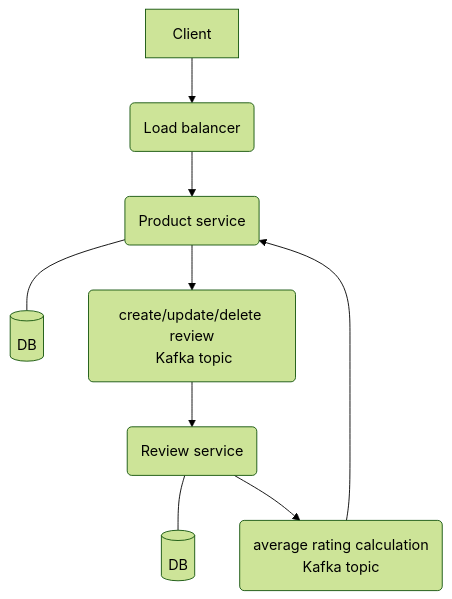
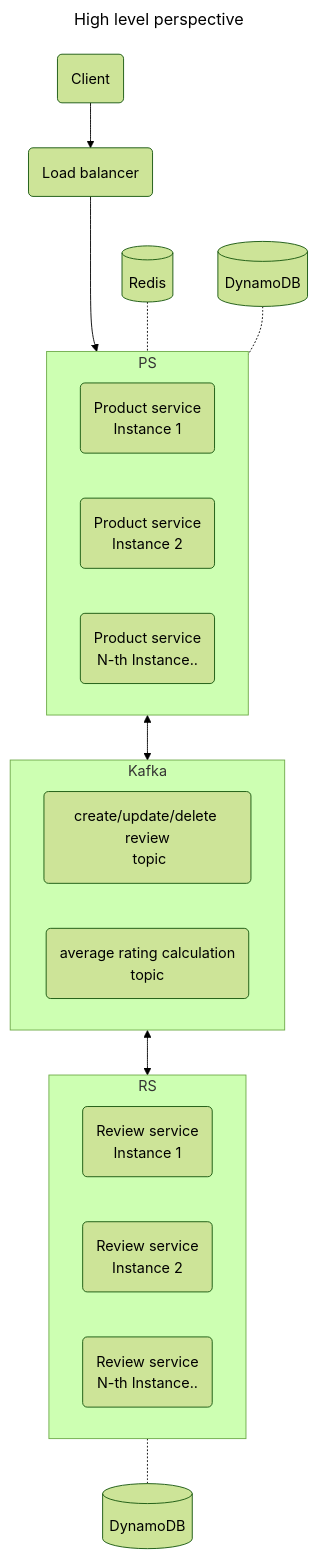
One commit to peterdanis/ct changed the diagram in README.md. Above: the diagram before and after it, drawn with Mermaid (forest theme). The commit also changed other lines of this file, not shown here.

Commit message:
improve readme readability

````diff
--- a/README.md
+++ b/README.md
@@ -10,21 +31,39 @@
 ```mermaid
-flowchart
+---
+title: "High level perspective"
+---
+flowchart TD
 
+c(Client)
 lb(Load balancer)
-ps(Product service)
-pdb[(DB)]
-kfkt1(create/update/delete review\n Kafka topic)
-kfkt2(average rating calculation\n Kafka topic)
-rs(Review service)
-rdb[(DB)]
 
-Client --> lb
-lb --> ps
-direction LR
-ps --- pdb
-ps --> kfkt1
-kfkt2 --> ps
-rs --- rdb
-rs --> kfkt2
-kfkt1 --> rs
+subgraph PS
+ps1(Product service\n Instance 1)
+ps2(Product service\n Instance 2)
+psn(Product service\n N-th Instance..)
+end
+
+rds[(Redis)]
+pdb[(DynamoDB)]
+
+subgraph Kafka
+kfkt1(create/update/delete review\n topic)
+kfkt2(average rating calculation\n topic)
+end
+
+subgraph RS
+rs1(Review service\n Instance 1)
+rs2(Review service\n Instance 2)
+rsn(Review service\n N-th Instance..)
+end
+
+rdb[(DynamoDB)]
+
+c --> lb
+lb ---> PS
+rds -.- PS
+pdb -.- PS
+PS <--> Kafka
+Kafka <--> RS
+RS -.- rdb
 ```
````
